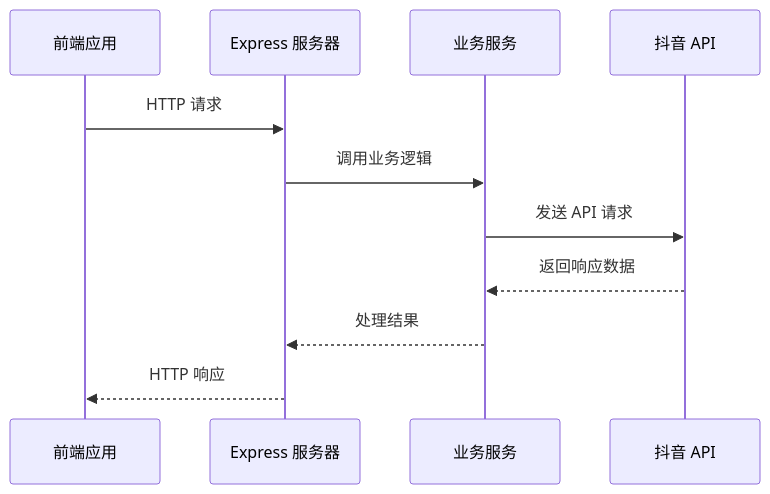
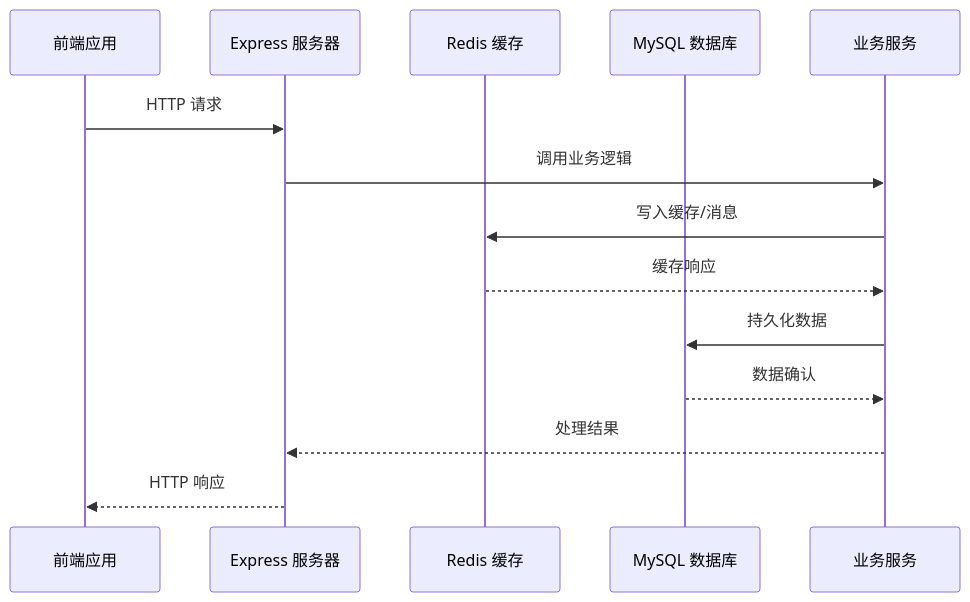
Before and after one commit to songdiyang/clawOperations: the second of 7 diagrams in .qoder/repowiki/zh/content/Websocket System Removed.md, drawn with Mermaid. The commit also changed other lines of this file and 10 other files, not shown here.

````diff
--- a/.qoder/repowiki/zh/content/Websocket System Removed.md
+++ b/.qoder/repowiki/zh/content/Websocket System Removed.md
@@ -102,13 +125,16 @@
 ```mermaid
 sequenceDiagram
 participant Client as 前端应用
 participant Server as Express 服务器
+participant Redis as Redis 缓存
+participant MySQL as MySQL 数据库
 participant Service as 业务服务
-participant API as 抖音 API
 Client->>Server : HTTP 请求
 Server->>Service : 调用业务逻辑
-Service->>API : 发送 API 请求
-API-->>Service : 返回响应数据
+Service->>Redis : 写入缓存/消息
+Redis-->>Service : 缓存响应
+Service->>MySQL : 持久化数据
+MySQL-->>Service : 数据确认
 Service-->>Server : 处理结果
 Server-->>Client : HTTP 响应
 ```
````
